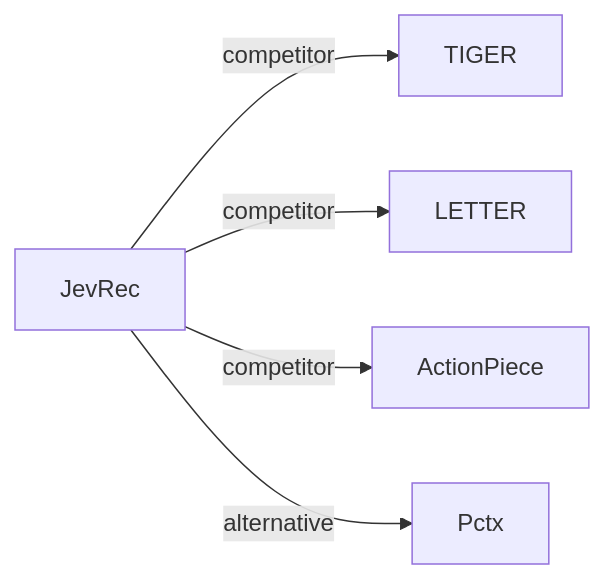
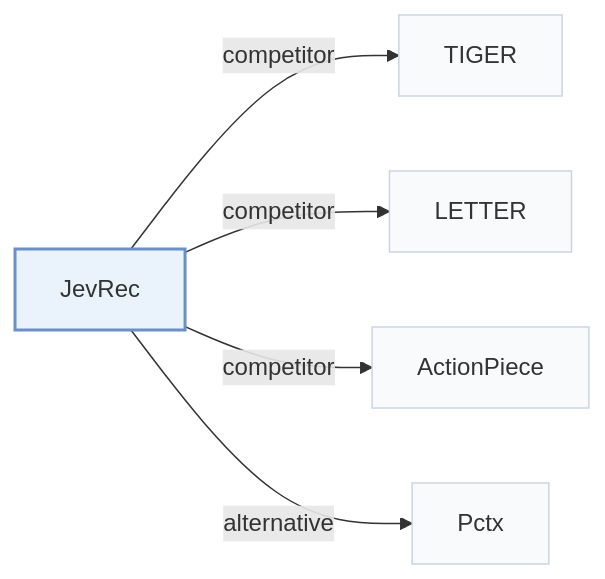
One commit to Galaxy-ghost/Awesome-SID-Generative-Rec changed the second of 2 diagrams in pages/papers/jevrec.md. Above: the diagram before and after it, drawn with Mermaid. The commit also changed other lines of this file and 649 other files, not shown here.

Commit message:
writer-05: also tags and modality index (schema, check, build, visuals); summary field removed; calibration data for 12 papers

````diff
--- a/pages/papers/jevrec.md
+++ b/pages/papers/jevrec.md
@@ -69,8 +74,12 @@
 ```mermaid
 flowchart LR
     P["JevRec"]
-    P -->|competitor| A["TIGER"]
-    P -->|competitor| B["LETTER"]
-    P -->|competitor| C["ActionPiece"]
-    P -->|alternative| D["Pctx"]
+    P -->|"competitor"| A["TIGER"]
+    P -->|"competitor"| B["LETTER"]
+    P -->|"competitor"| C["ActionPiece"]
+    P -->|"alternative"| D["Pctx"]
+    classDef main fill:#eaf2fb,stroke:#6b8fc7,stroke-width:2px
+    classDef peer fill:#f8fafc,stroke:#cbd5e1
+    class P main
+    class A,B,C,D peer
 ```
````
